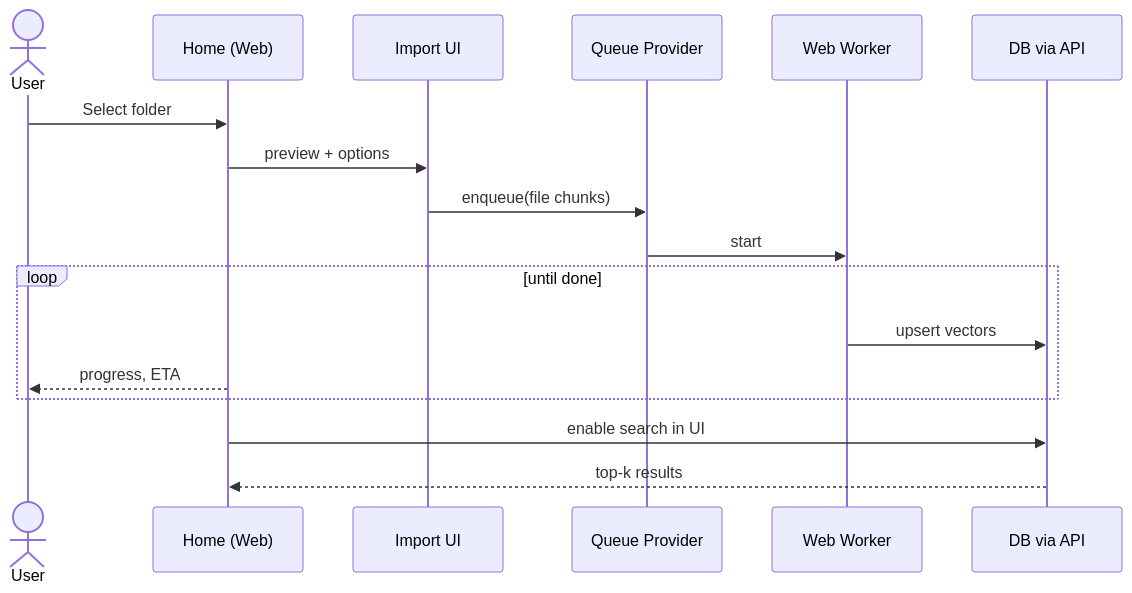
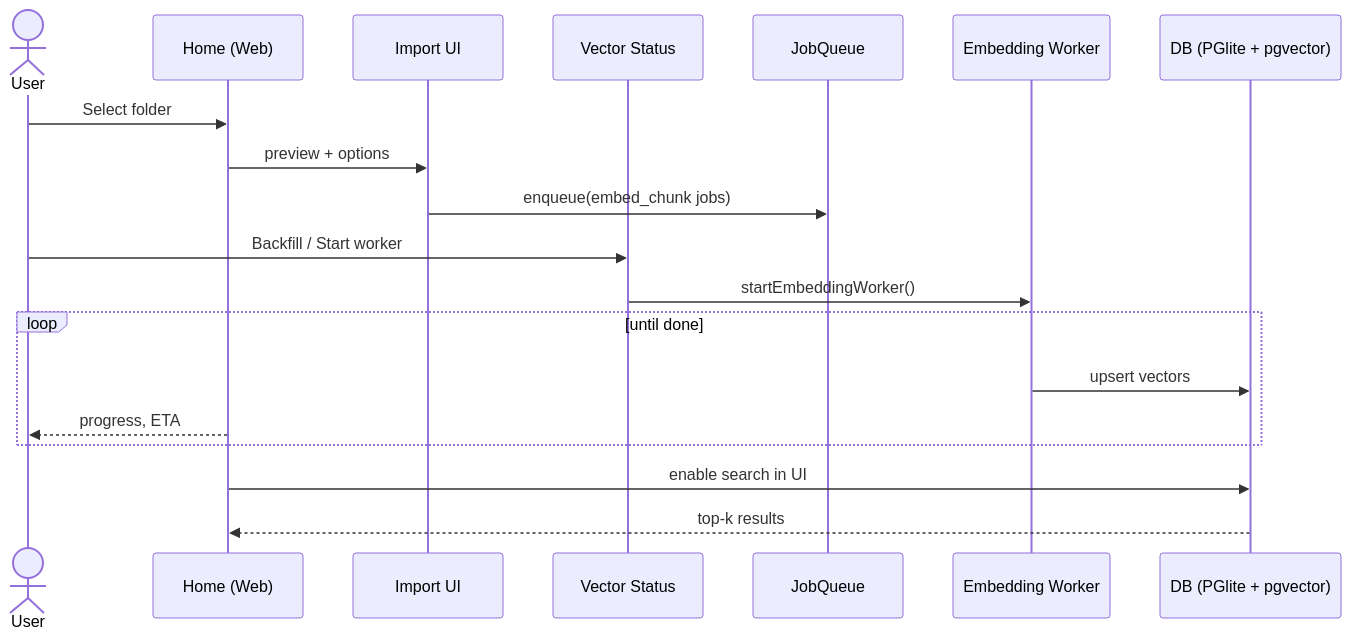
Before and after one commit to seandearnaley/brainstrike: the second of 2 diagrams in docs/architecture/06-web-app.md, drawn with Mermaid. The commit also changed other lines of this file and 18 other files, not shown here.

````diff
--- a/docs/architecture/06-web-app.md
+++ b/docs/architecture/06-web-app.md
@@ -23,20 +24,22 @@
 ```mermaid
 sequenceDiagram
   actor User
   participant UI as Home (Web)
   participant Import as Import UI
-  participant Q as Queue Provider
-  participant W as Web Worker
-  participant DB as DB via API
+  participant V as Vector Status
+  participant Q as JobQueue
+  participant W as Embedding Worker
+  participant DB as DB (PGlite + pgvector)
 
   User->>UI: Select folder
   UI->>Import: preview + options
-  Import->>Q: enqueue(file chunks)
-  Q->>W: start
+  Import->>Q: enqueue(embed_chunk jobs)
+  User->>V: Backfill / Start worker
+  V->>W: startEmbeddingWorker()
   loop until done
     W->>DB: upsert vectors
     UI-->>User: progress, ETA
   end
   UI->>DB: enable search in UI
   DB-->>UI: top-k results
 ```
````
